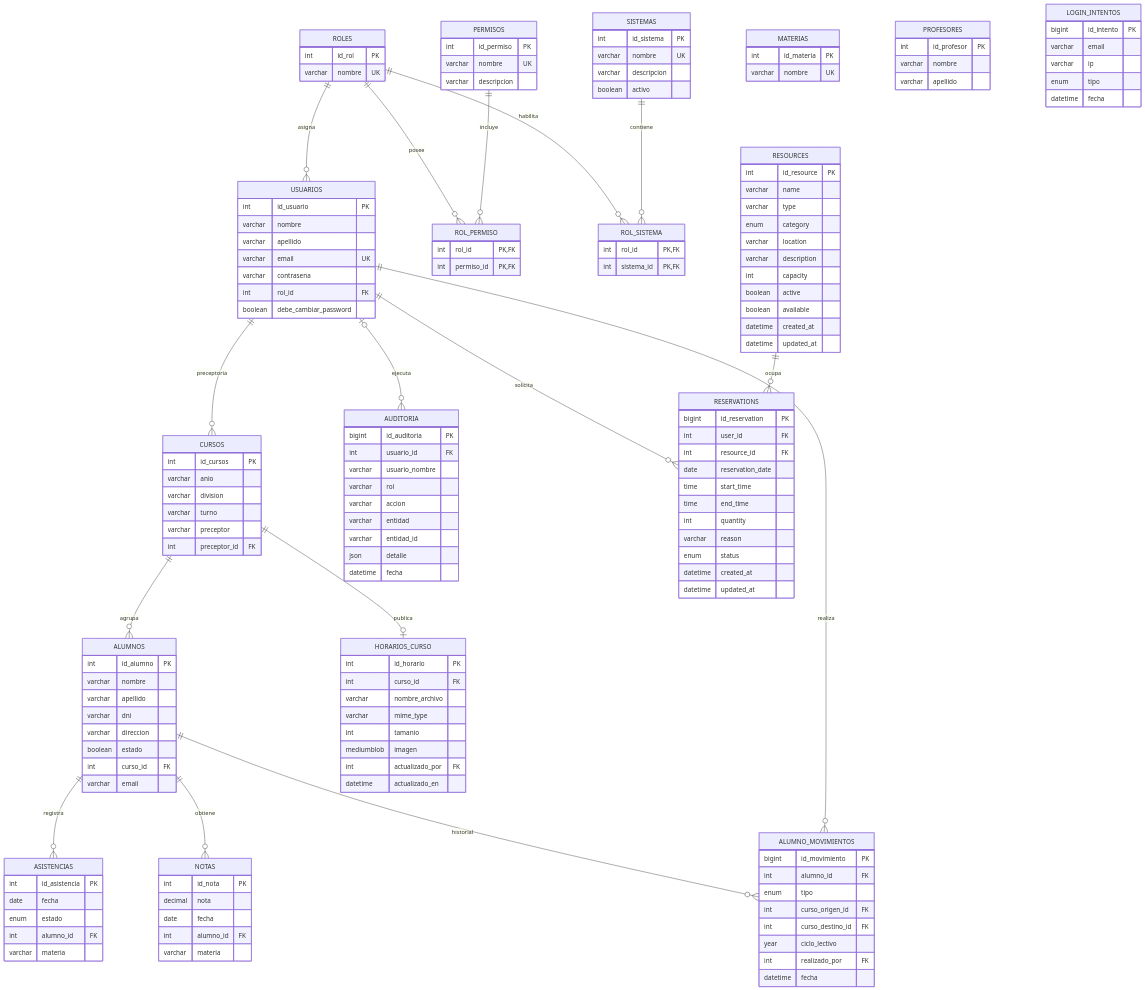
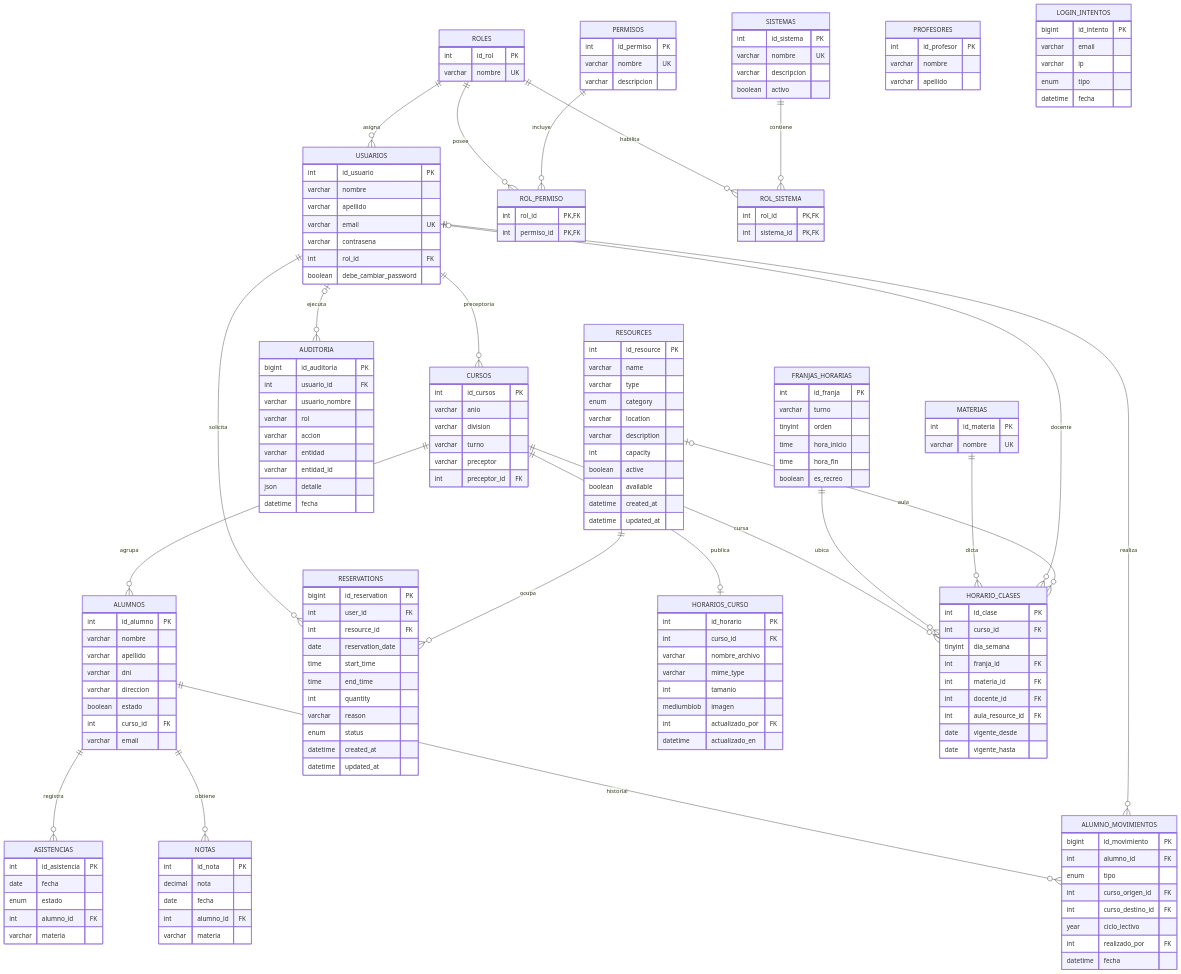
Before and after one commit to AgustinTomizzi/Proyecto-SSO: the diagram in docs/DATABASE.md, drawn with Mermaid. The commit also changed other lines of this file and 5 other files, not shown here.

````diff
--- a/docs/DATABASE.md
+++ b/docs/DATABASE.md
@@ -36,6 +37,11 @@
     CURSOS ||--o| HORARIOS_CURSO : publica
     ALUMNOS ||--o{ ALUMNO_MOVIMIENTOS : historial
     USUARIOS ||--o{ ALUMNO_MOVIMIENTOS : realiza
+    CURSOS ||--o{ HORARIO_CLASES : cursa
+    FRANJAS_HORARIAS ||--o{ HORARIO_CLASES : ubica
+    MATERIAS ||--o{ HORARIO_CLASES : dicta
+    USUARIOS o|--o{ HORARIO_CLASES : docente
+    RESOURCES o|--o{ HORARIO_CLASES : aula
 
     ROLES {
       int id_rol PK
@@ -174,4 +180,23 @@
       enum tipo
       datetime fecha
     }
+    FRANJAS_HORARIAS {
+      int id_franja PK
+      varchar turno
+      tinyint orden
+      time hora_inicio
+      time hora_fin
+      boolean es_recreo
+    }
+    HORARIO_CLASES {
+      int id_clase PK
+      int curso_id FK
+      tinyint dia_semana
+      int franja_id FK
+      int materia_id FK
+      int docente_id FK
+      int aula_resource_id FK
+      date vigente_desde
+      date vigente_hasta
+    }
 ```
````
